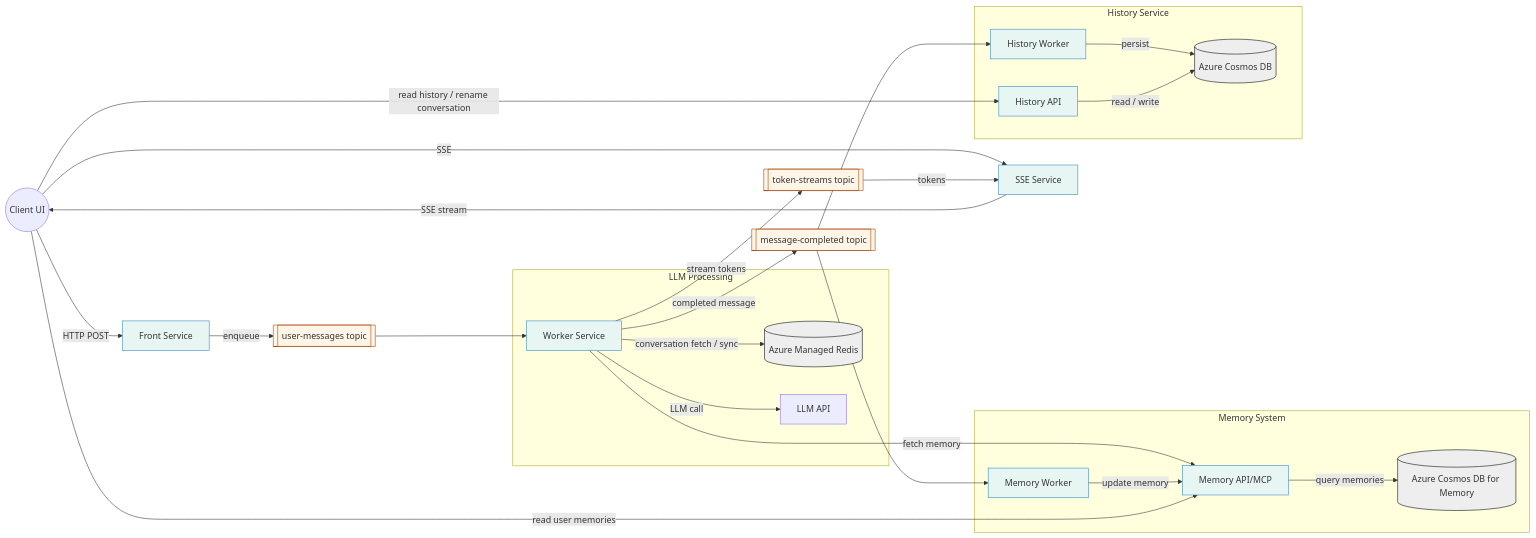
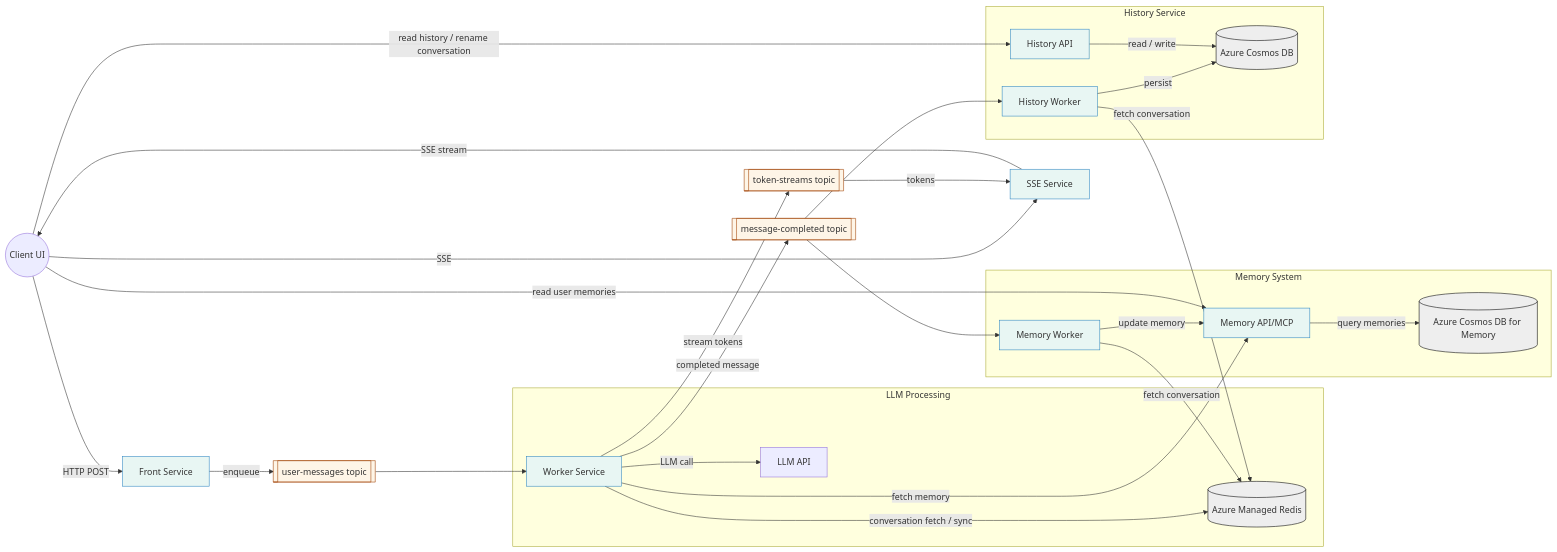
Before and after one commit to tkubica12/scalable-ai-chat: the first of 5 diagrams in docs/Architecture.md, drawn with Mermaid. The commit also changed other lines of this file, not shown here.

````diff
--- a/docs/Architecture.md
+++ b/docs/Architecture.md
@@ -46,48 +45,49 @@
 ```mermaid
 flowchart LR
     Client((Client UI)) -->|HTTP POST| Front[Front Service]
     Client -->|SSE| SSE[SSE Service]
 
     Front -->|enqueue| UserMsgTopic[[user-messages topic]]
     UserMsgTopic --> Worker[Worker Service]
 
     subgraph LLMProcessing["LLM Processing"]
         Worker
         Redis[(Azure Managed Redis)]
         LLM[LLM API]
     end
     Worker -->|conversation fetch / sync| Redis
     Worker -->|LLM call| LLM    
     subgraph MemorySystem["Memory System"]
         MemoryWorker[Memory Worker]
         MemoryAPI[Memory API/MCP]
         CosmosDBMem[(Azure Cosmos DB for Memory)]
     end
-    Worker -->|fetch memory| MemoryAPI
+    Worker -->|fetch memory| MemoryAPI    
     MemoryAPI -->|query memories| CosmosDBMem
     CompletedTopic --> MemoryWorker
+    MemoryWorker -->|fetch conversation| Redis
     MemoryWorker -->|update memory| MemoryAPI
 
     Worker -->|stream tokens| TokenTopic[[token-streams topic]]
     Worker -->|completed message| CompletedTopic[[message-completed topic]]
     TokenTopic -->|tokens| SSE
-    SSE -->|SSE stream| Client
-
+    SSE -->|SSE stream| Client    
     subgraph HistoryService["History Service"]
         HistoryWorker[History Worker]
         HistoryAPI[History API]
         CosmosDB[(Azure Cosmos DB)]
     end
     CompletedTopic --> HistoryWorker
+    HistoryWorker -->|fetch conversation| Redis
     HistoryWorker -->|persist| CosmosDB    
     Client -->|read history / rename conversation| HistoryAPI
     Client -->|read user memories| MemoryAPI
     HistoryAPI -->|read / write| CosmosDB
 
     classDef service fill:#E8F6F3,stroke:#2E86C1,stroke-width:1px;
     classDef storage fill:#EEEEEE,stroke:#000000,stroke-width:1px;
     classDef queue   fill:#FEF5E7,stroke:#A04000,stroke-width:1px;    
     class Front,SSE,Worker,HistoryAPI,HistoryWorker,MemoryAPI,MemoryWorker service;
     class Redis,CosmosDB,CosmosDBMem storage;
     class UserMsgTopic,TokenTopic,CompletedTopic queue;
 ```
````
